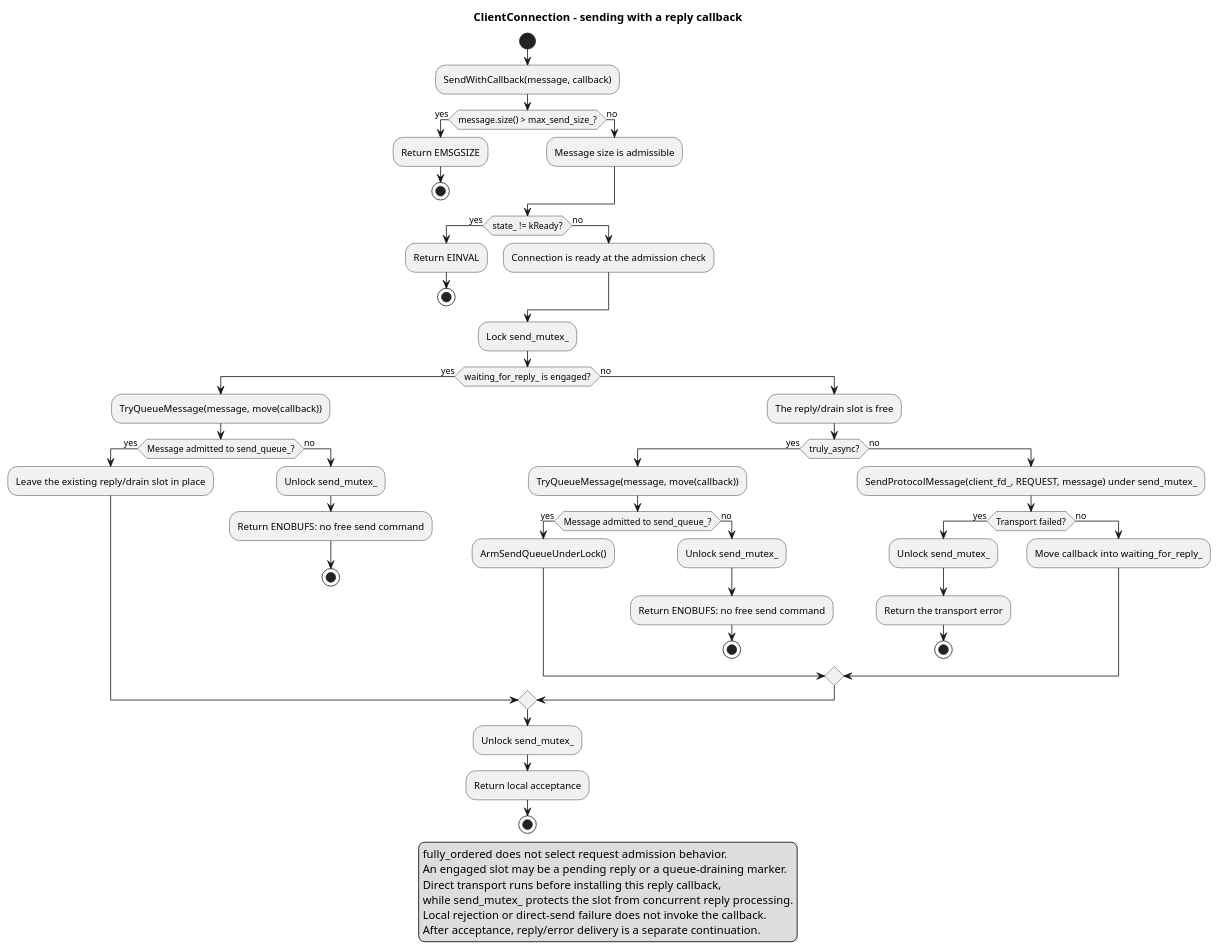
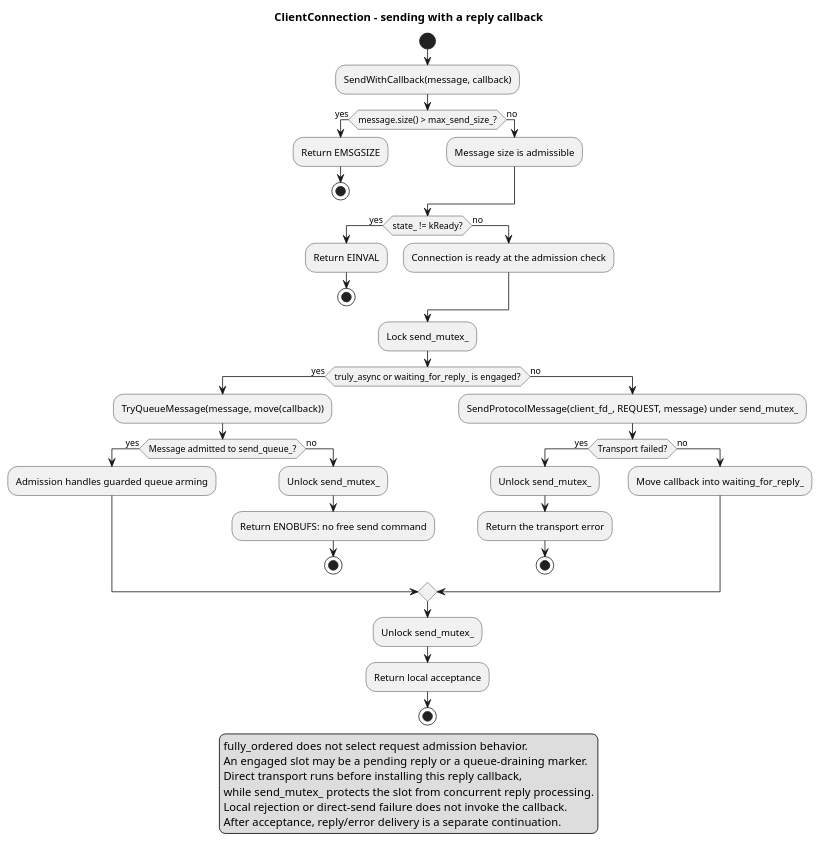
The diagram in score/message_passing/dependability/software_unit_design/client_connection_send_with_callback_activity.puml (eclipse-score/communication), drawn with PlantUML before and after one commit. The commit also changed 18 other files, not shown here.

```diff
--- a/score/message_passing/dependability/software_unit_design/client_connection_send_with_callback_activity.puml
+++ b/score/message_passing/dependability/software_unit_design/client_connection_send_with_callback_activity.puml
@@ -1,65 +1,53 @@
 @startuml client_connection_send_with_callback_activity
 title ClientConnection - sending with a reply callback
 
 start
 :SendWithCallback(message, callback);
 if (message.size() > max_send_size_?) then (yes)
     :Return EMSGSIZE;
     stop
 else (no)
     :Message size is admissible;
 endif
 if (state_ != kReady?) then (yes)
     :Return EINVAL;
     stop
 else (no)
     :Connection is ready at the admission check;
 endif
 
 :Lock send_mutex_;
-if (waiting_for_reply_ is engaged?) then (yes)
+if (truly_async or waiting_for_reply_ is engaged?) then (yes)
     :TryQueueMessage(message, move(callback));
     if (Message admitted to send_queue_?) then (yes)
-        :Leave the existing reply/drain slot in place;
+        :Admission handles guarded queue arming;
     else (no)
         :Unlock send_mutex_;
         :Return ENOBUFS: no free send command;
         stop
     endif
 else (no)
-    :The reply/drain slot is free;
-    if (truly_async?) then (yes)
-        :TryQueueMessage(message, move(callback));
-        if (Message admitted to send_queue_?) then (yes)
-            :ArmSendQueueUnderLock();
-        else (no)
-            :Unlock send_mutex_;
-            :Return ENOBUFS: no free send command;
-            stop
-        endif
+    :SendProtocolMessage(client_fd_, REQUEST, message) under send_mutex_;
+    if (Transport failed?) then (yes)
+        :Unlock send_mutex_;
+        :Return the transport error;
+        stop
     else (no)
-        :SendProtocolMessage(client_fd_, REQUEST, message) under send_mutex_;
-        if (Transport failed?) then (yes)
-            :Unlock send_mutex_;
-            :Return the transport error;
-            stop
-        else (no)
-            :Move callback into waiting_for_reply_;
-        endif
+        :Move callback into waiting_for_reply_;
     endif
 endif
 
 :Unlock send_mutex_;
 :Return local acceptance;
 stop
 
 legend
     fully_ordered does not select request admission behavior.
     An engaged slot may be a pending reply or a queue-draining marker.
     Direct transport runs before installing this reply callback,
     while send_mutex_ protects the slot from concurrent reply processing.
     Local rejection or direct-send failure does not invoke the callback.
     After acceptance, reply/error delivery is a separate continuation.
 endlegend
 
 @enduml
```
